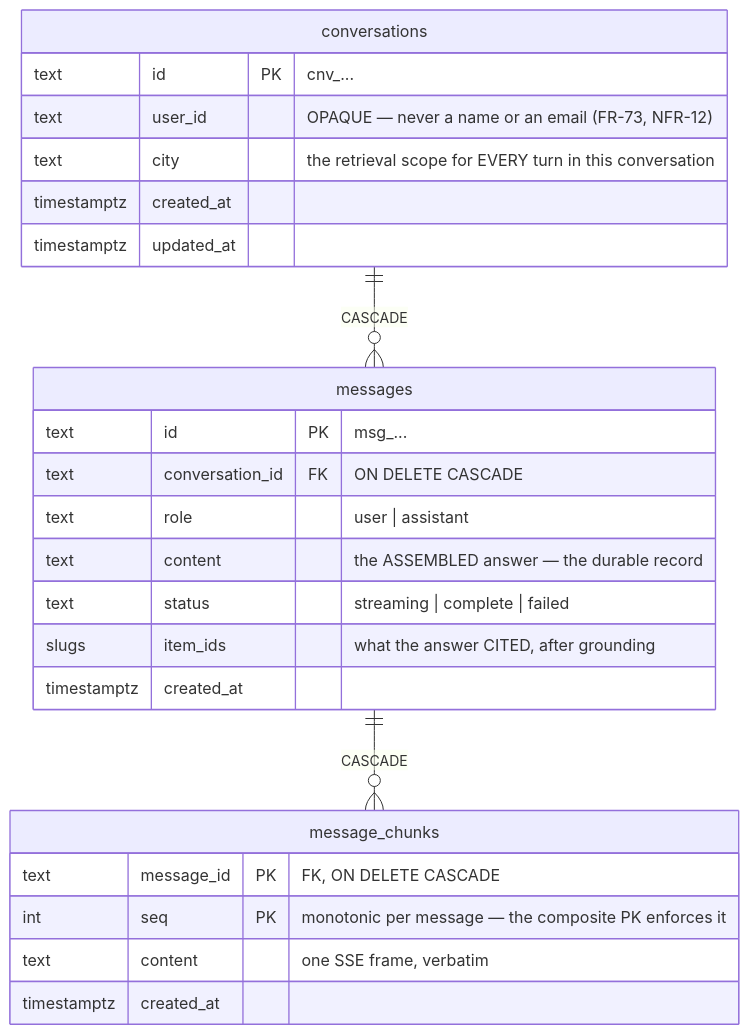
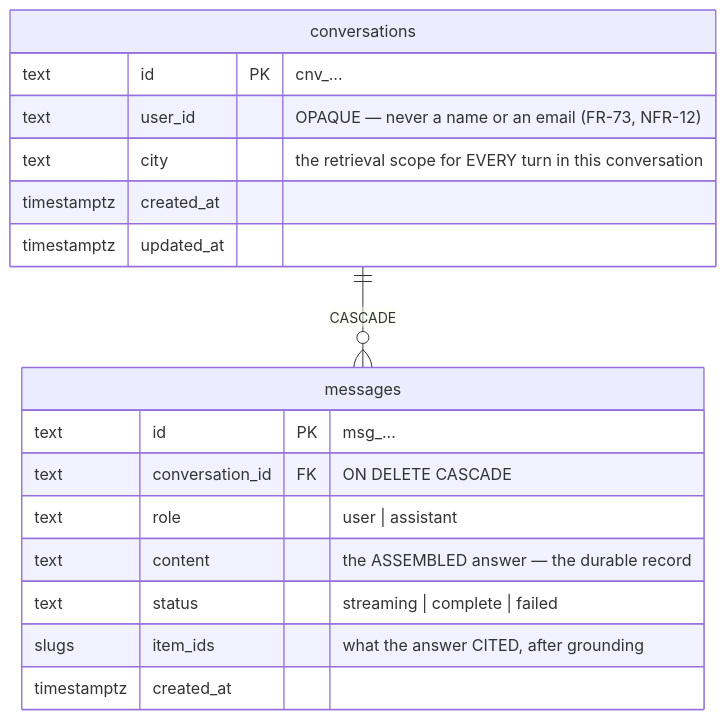
The eighth of 9 diagrams in docs/erd.md (Aizazahmed-7/SmartFoodOps), drawn with Mermaid before and after one commit. The commit also changed other lines of this file and 26 other files, not shown here.

````diff
--- a/docs/erd.md
+++ b/docs/erd.md
@@ -656,27 +656,20 @@
 ```mermaid
 erDiagram
     conversations {
         text id PK "cnv_..."
         text user_id "OPAQUE — never a name or an email (FR-73, NFR-12)"
         text city "the retrieval scope for EVERY turn in this conversation"
         timestamptz created_at
         timestamptz updated_at
     }
     messages {
         text id PK "msg_..."
         text conversation_id FK "ON DELETE CASCADE"
         text role "user | assistant"
         text content "the ASSEMBLED answer — the durable record"
         text status "streaming | complete | failed"
         slugs item_ids "what the answer CITED, after grounding"
         timestamptz created_at
     }
-    message_chunks {
-        text message_id PK "FK, ON DELETE CASCADE"
-        int seq PK "monotonic per message — the composite PK enforces it"
-        text content "one SSE frame, verbatim"
-        timestamptz created_at
-    }
     conversations ||--o{ messages : "CASCADE"
-    messages ||--o{ message_chunks : "CASCADE"
 ```
````
